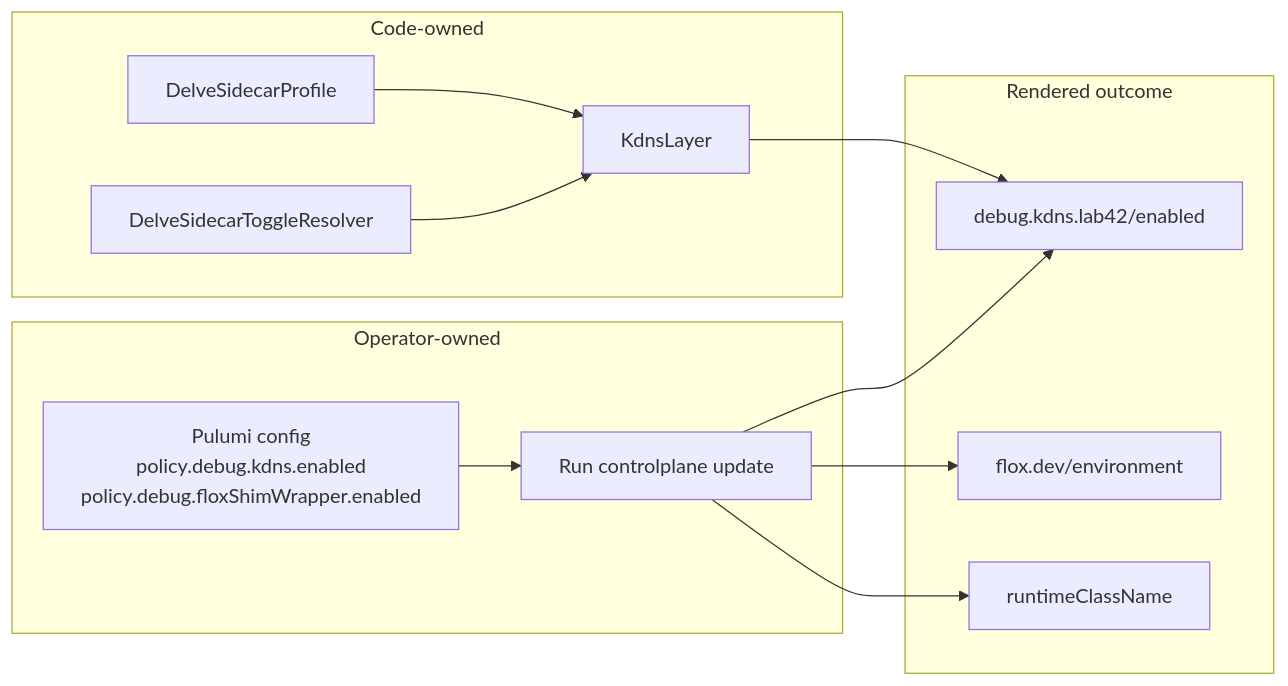
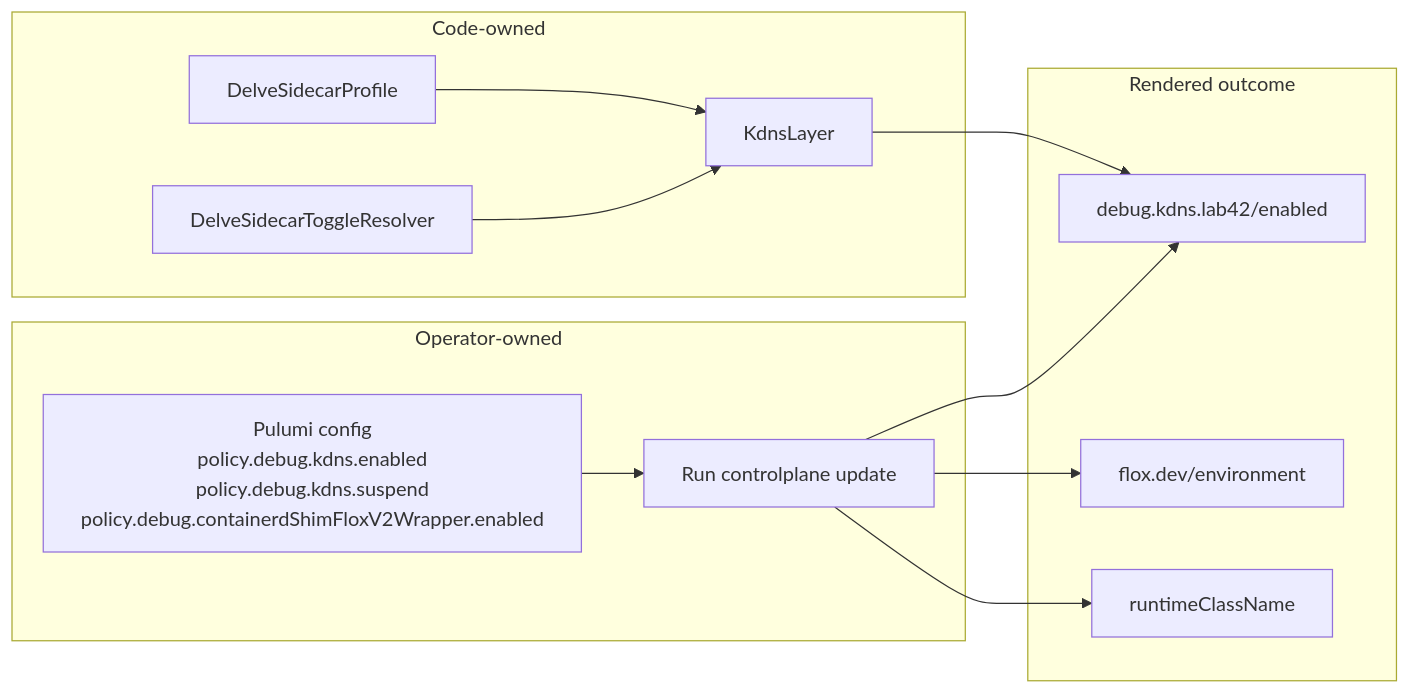
One commit to nxmatic/rke2lab changed the second of 2 diagrams in docs/kdns-debug-operator-view.adoc. Above: the diagram before and after it, drawn with Mermaid. The commit also changed other lines of this file, not shown here.

First line of the commit message:
docs(debug): update KDNS debug workflow for Delve integration

```diff
--- a/docs/kdns-debug-operator-view.adoc
+++ b/docs/kdns-debug-operator-view.adoc
@@ -85,28 +91,28 @@
 [mermaid,kdns-debug-operator-split,svg]
 ----
 flowchart LR
     subgraph Ops[Operator-owned]
-      cfg[Pulumi config<br/>policy.debug.kdns.enabled<br/>policy.debug.floxShimWrapper.enabled]
+      cfg[Pulumi config<br/>policy.debug.kdns.enabled<br/>policy.debug.kdns.suspend<br/>policy.debug.containerdShimFloxV2Wrapper.enabled]
       run[Run controlplane update]
     end
 
     subgraph Code[Code-owned]
       kdns[KdnsLayer]
       profile[DelveSidecarProfile]
       resolver[DelveSidecarToggleResolver]
     end
 
     subgraph Runtime[Rendered outcome]
       anno[debug.kdns.lab42/enabled]
       env[flox.dev/environment]
       rc[runtimeClassName]
     end
 
     cfg --> run
     run --> anno
     run --> env
     run --> rc
     resolver --> kdns
     profile --> kdns
     kdns --> anno
 ----
```
